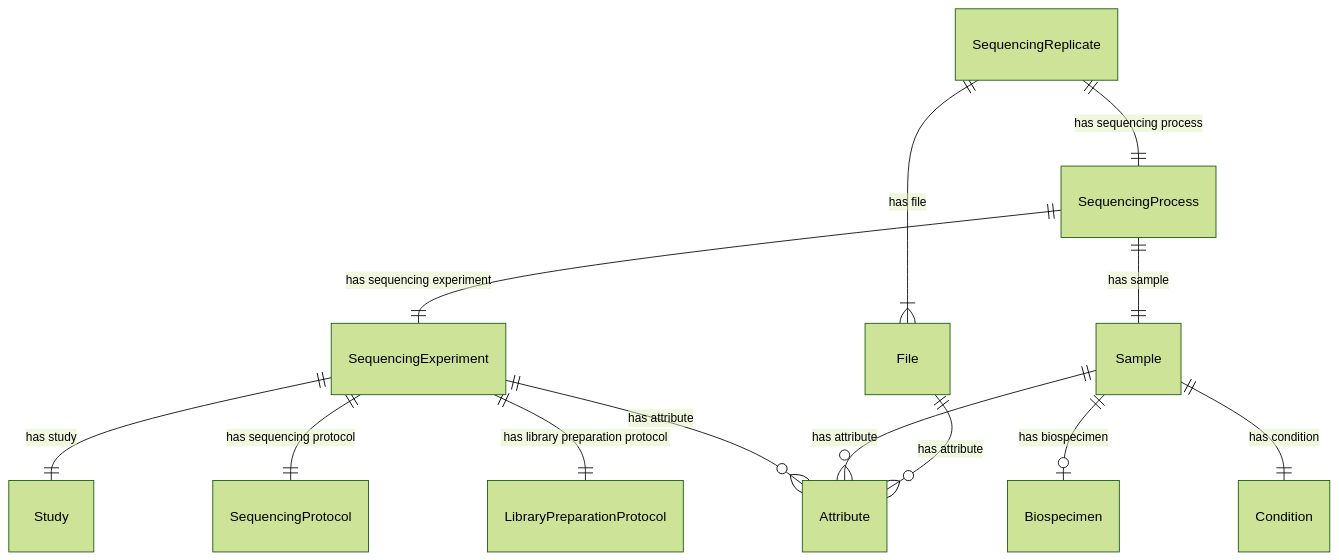
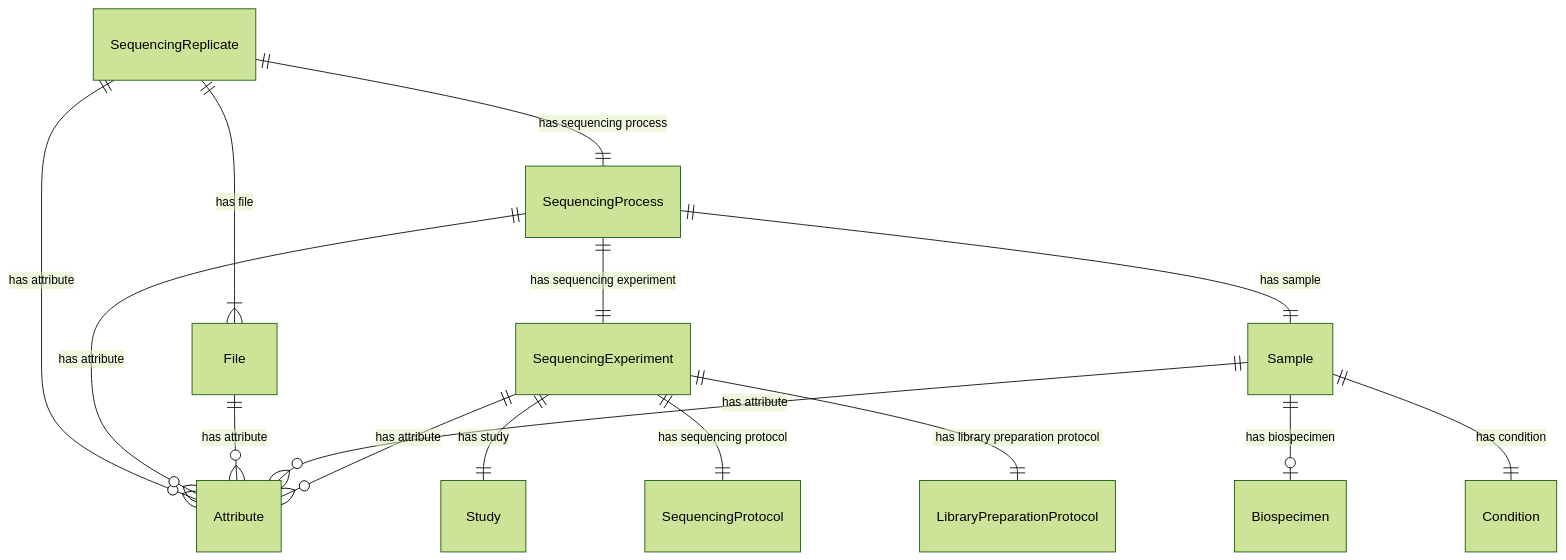
Before and after one commit to ghga-de/ghga-metadata-schema: the third of 7 diagrams in docs/entity_relations.md, drawn with Mermaid (forest theme). The commit also changed other lines of this file and 7 other files, not shown here.

````diff
--- a/docs/entity_relations.md
+++ b/docs/entity_relations.md
@@ -177,32 +178,34 @@
 ```mermaid
 erDiagram
 SequencingReplicate {
 
 }
 SequencingProcess {
 
 }
 File {
 
 }
 Sample {
 
 }
 SequencingExperiment {
 
 }
 
 SequencingReplicate ||--}| File : "has file"
 SequencingReplicate ||--|| SequencingProcess : "has sequencing process"
+SequencingReplicate ||--}o Attribute : "has attribute"
 SequencingProcess ||--|| SequencingExperiment : "has sequencing experiment"
 SequencingProcess ||--|| Sample : "has sample"
+SequencingProcess ||--}o Attribute : "has attribute"
 File ||--}o Attribute : "has attribute"
 Sample ||--|o Biospecimen : "has biospecimen"
 Sample ||--|| Condition : "has condition"
 Sample ||--}o Attribute : "has attribute"
 SequencingExperiment ||--|| Study : "has study"
 SequencingExperiment ||--|| SequencingProtocol : "has sequencing protocol"
 SequencingExperiment ||--|| LibraryPreparationProtocol : "has library preparation protocol"
 SequencingExperiment ||--}o Attribute : "has attribute"
 
 ```
````
